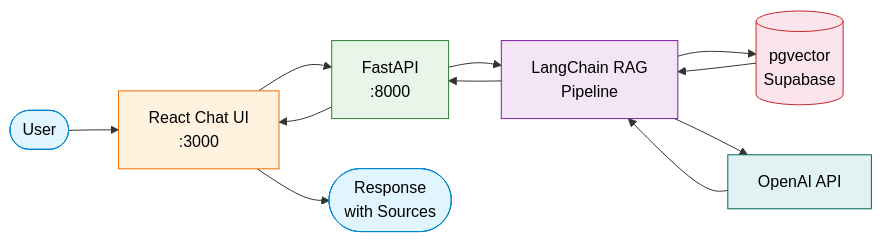
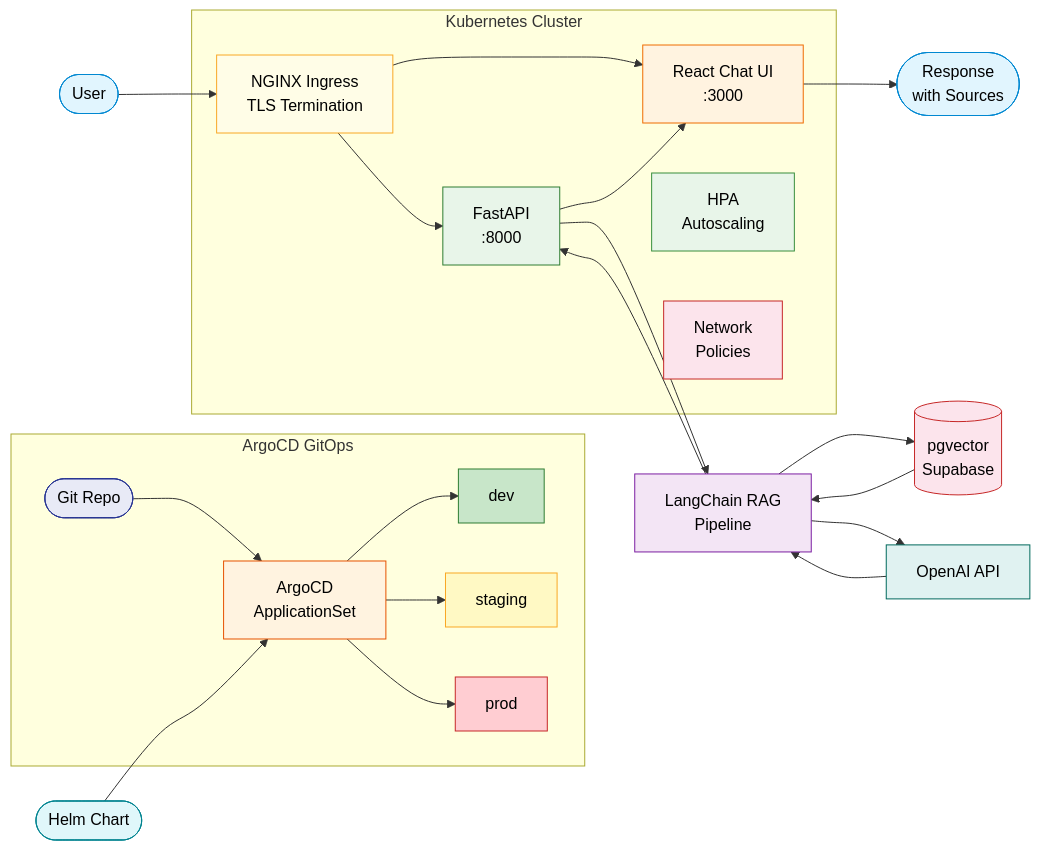
The diagram in README.md (MohamedGouda99/devops-knowledge-base), drawn with Mermaid before and after one commit. The commit also changed other lines of this file, not shown here.

Commit message:
Update README with Kubernetes, Helm, and ArgoCD documentation

````diff
--- a/README.md
+++ b/README.md
@@ -7,21 +7,48 @@
 ```mermaid
 flowchart LR
-    User([User]) --> ReactUI[React Chat UI<br/>:3000]
-    ReactUI --> FastAPI[FastAPI<br/>:8000]
+    User([User]) --> Ingress[NGINX Ingress<br/>TLS Termination]
+    Ingress --> ReactUI[React Chat UI<br/>:3000]
+    Ingress --> FastAPI[FastAPI<br/>:8000]
     FastAPI --> LangChain[LangChain RAG<br/>Pipeline]
     LangChain --> pgvector[(pgvector<br/>Supabase)]
     LangChain --> OpenAI[OpenAI API]
     pgvector --> LangChain
     OpenAI --> LangChain
     LangChain --> FastAPI
     FastAPI --> ReactUI
     ReactUI --> Response([Response<br/>with Sources])
 
+    subgraph GitOps [ArgoCD GitOps]
+        Git([Git Repo]) --> ArgoCD[ArgoCD<br/>ApplicationSet]
+        ArgoCD --> Dev[dev]
+        ArgoCD --> Staging[staging]
+        ArgoCD --> Prod[prod]
+    end
+
+    subgraph K8s [Kubernetes Cluster]
+        Ingress
+        ReactUI
+        FastAPI
+        HPA[HPA<br/>Autoscaling]
+        NetPol[Network<br/>Policies]
+    end
+
+    Helm([Helm Chart]) --> ArgoCD
+
     style User fill:#e1f5fe,stroke:#0288d1,color:#000
+    style Ingress fill:#fffde7,stroke:#f9a825,color:#000
     style ReactUI fill:#fff3e0,stroke:#ef6c00,color:#000
     style FastAPI fill:#e8f5e9,stroke:#2e7d32,color:#000
     style LangChain fill:#f3e5f5,stroke:#7b1fa2,color:#000
     style pgvector fill:#fce4ec,stroke:#c62828,color:#000
     style OpenAI fill:#e0f2f1,stroke:#00695c,color:#000
     style Response fill:#e1f5fe,stroke:#0288d1,color:#000
+    style Git fill:#e8eaf6,stroke:#283593,color:#000
+    style ArgoCD fill:#fff3e0,stroke:#e65100,color:#000
+    style Helm fill:#e0f7fa,stroke:#00838f,color:#000
+    style Dev fill:#c8e6c9,stroke:#2e7d32,color:#000
+    style Staging fill:#fff9c4,stroke:#f9a825,color:#000
+    style Prod fill:#ffcdd2,stroke:#c62828,color:#000
+    style HPA fill:#e8f5e9,stroke:#388e3c,color:#000
+    style NetPol fill:#fce4ec,stroke:#c62828,color:#000
 ```
````
